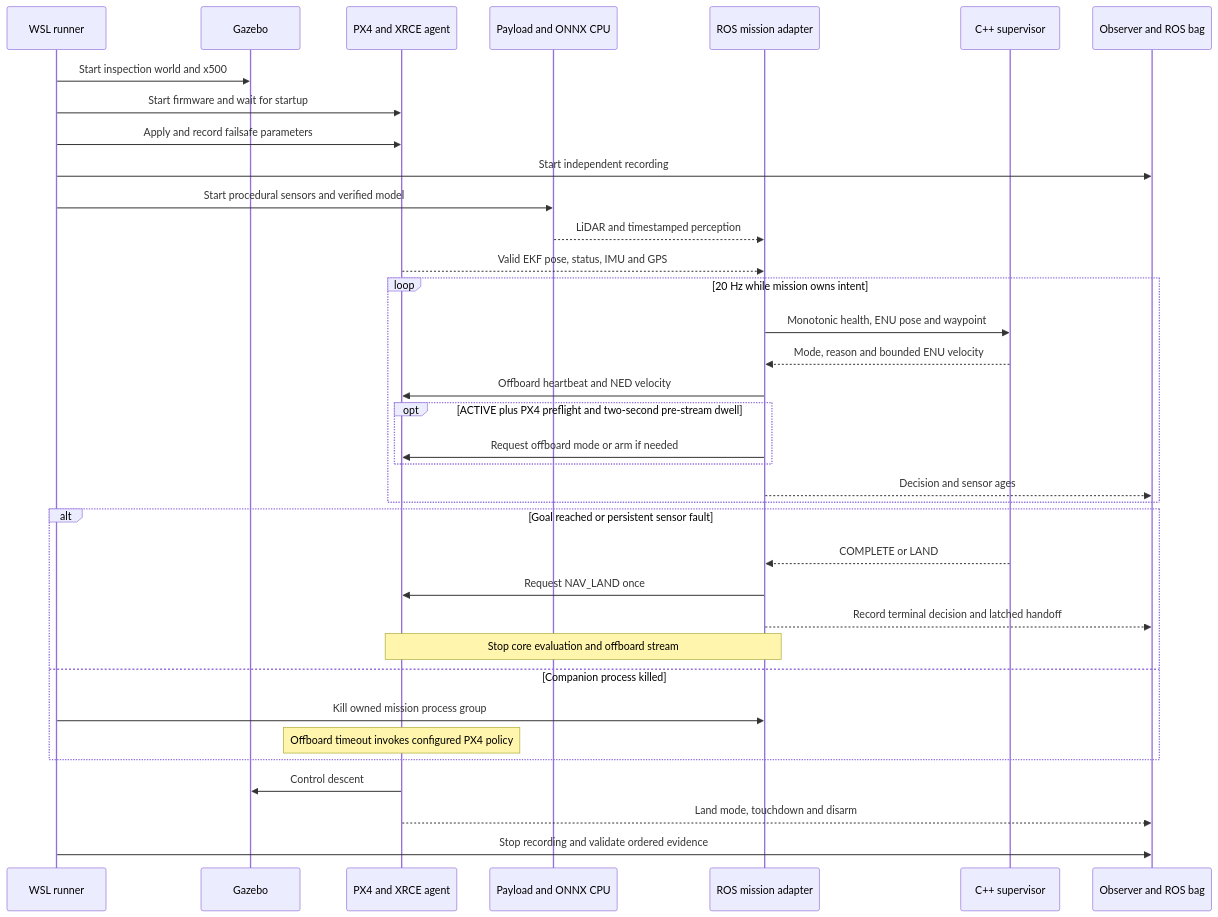
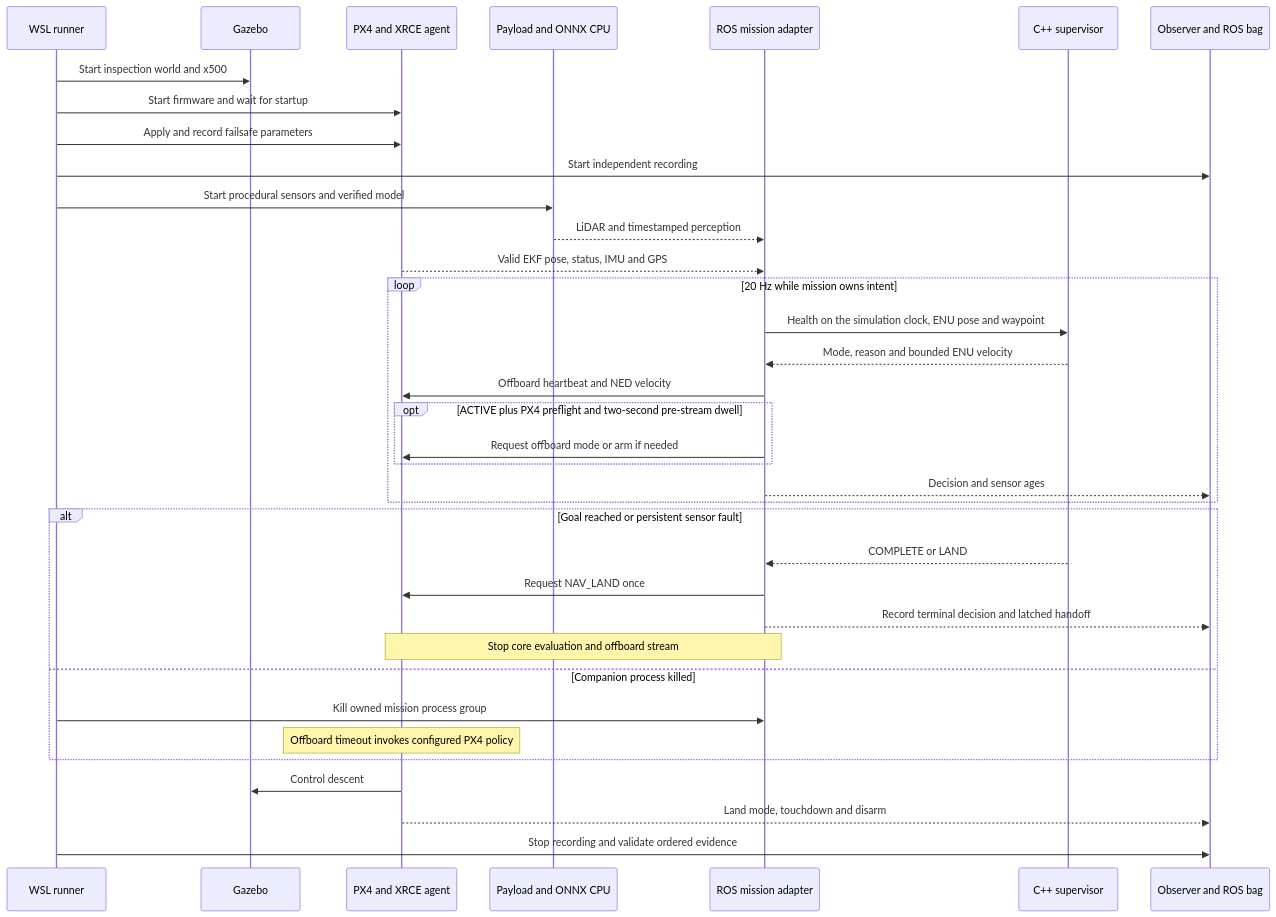
The diagram in docs/sitl-guide.md (buicongnguyen/mission-computer-lab), drawn with Mermaid before and after one commit. The commit also changed other lines of this file and 80 other files, not shown here.

````diff
--- a/docs/sitl-guide.md
+++ b/docs/sitl-guide.md
@@ -59,38 +115,38 @@
 ```mermaid
 sequenceDiagram
     participant R as WSL runner
     participant G as Gazebo
     participant P as PX4 and XRCE agent
     participant V as Payload and ONNX CPU
     participant M as ROS mission adapter
     participant C as C++ supervisor
     participant O as Observer and ROS bag
     R->>G: Start inspection world and x500
     R->>P: Start firmware and wait for startup
     R->>P: Apply and record failsafe parameters
     R->>O: Start independent recording
     R->>V: Start procedural sensors and verified model
     V-->>M: LiDAR and timestamped perception
     P-->>M: Valid EKF pose, status, IMU and GPS
     loop 20 Hz while mission owns intent
-        M->>C: Monotonic health, ENU pose and waypoint
+        M->>C: Health on the simulation clock, ENU pose and waypoint
         C-->>M: Mode, reason and bounded ENU velocity
         M->>P: Offboard heartbeat and NED velocity
         opt ACTIVE plus PX4 preflight and two-second pre-stream dwell
             M->>P: Request offboard mode or arm if needed
         end
         M-->>O: Decision and sensor ages
     end
     alt Goal reached or persistent sensor fault
         C-->>M: COMPLETE or LAND
         M->>P: Request NAV_LAND once
         M-->>O: Record terminal decision and latched handoff
         Note over M,P: Stop core evaluation and offboard stream
     else Companion process killed
         R->>M: Kill owned mission process group
         Note over P: Offboard timeout invokes configured PX4 policy
     end
     P->>G: Control descent
     P-->>O: Land mode, touchdown and disarm
     R->>O: Stop recording and validate ordered evidence
 ```
````
